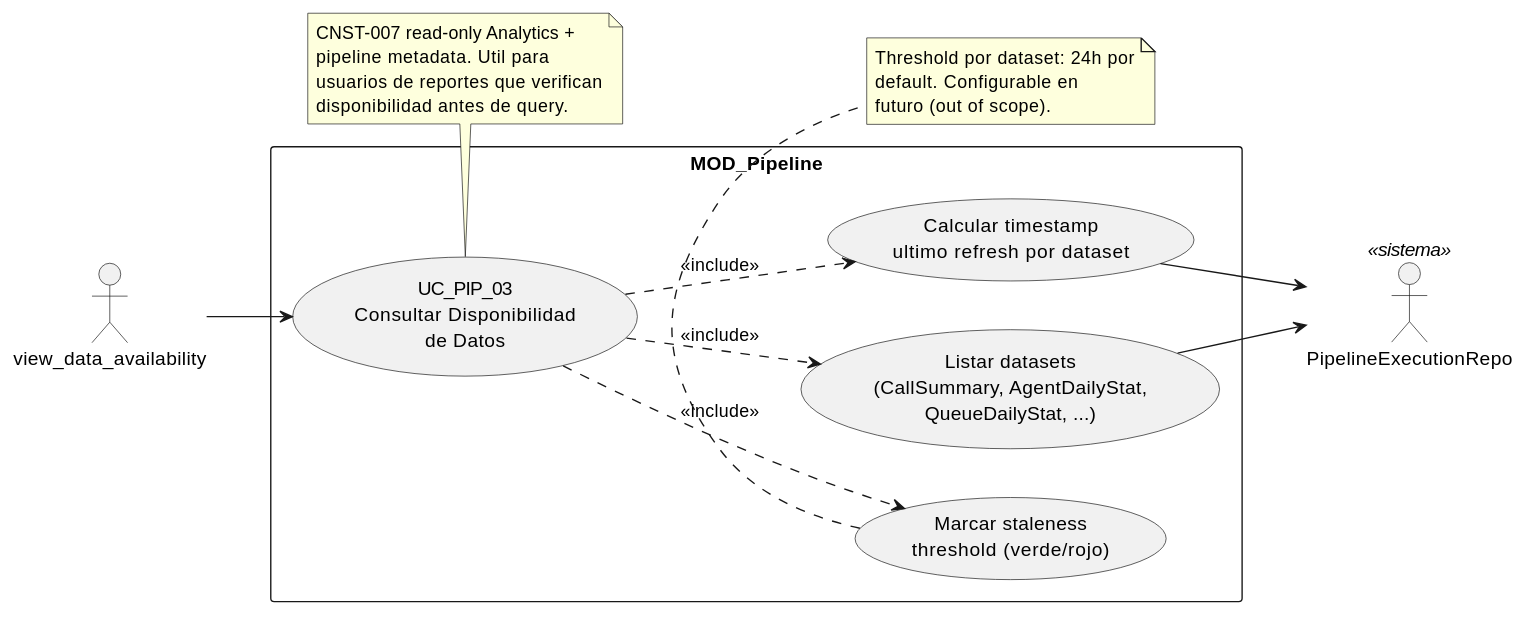
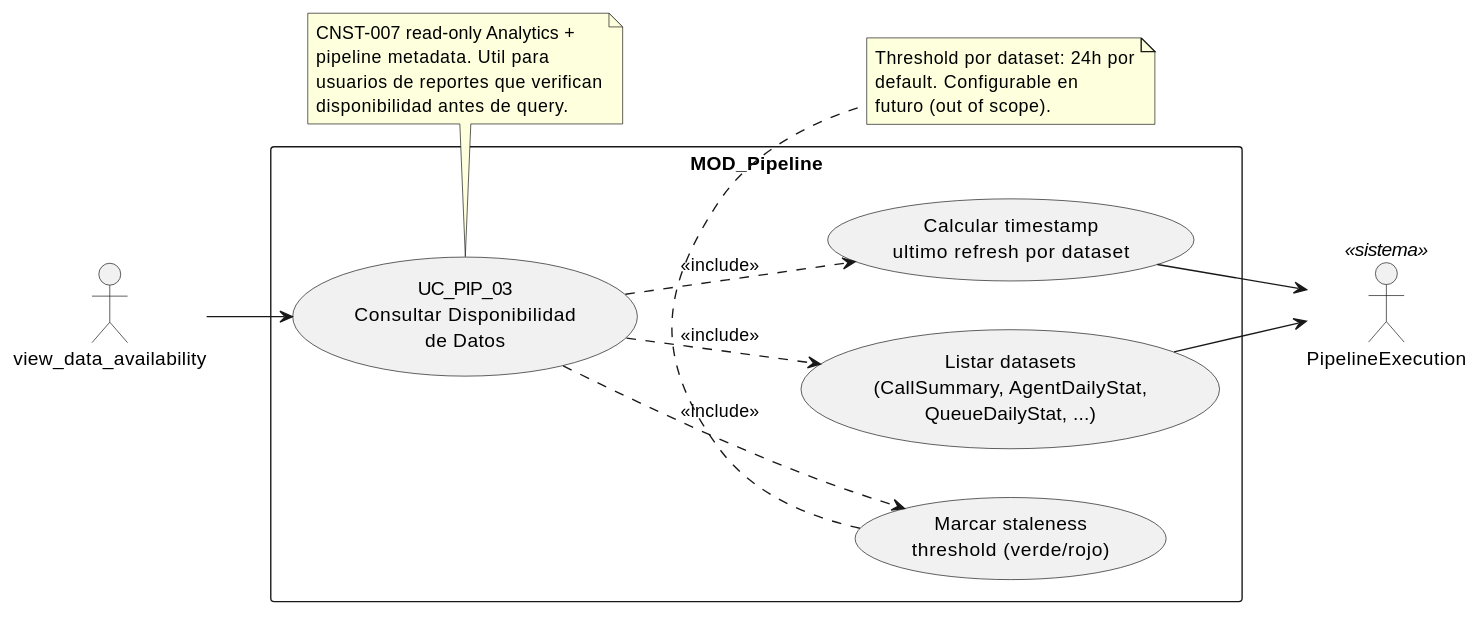
Before and after one commit to jcg-admin/IACT-docs: the diagram in source/requisitos/casos-uso/pipeline/uc-pip-03/diagramas-uml/diagrama-de-caso-de-uso.rst, drawn with PlantUML. The commit also changed other lines of this file and 52 other files, not shown here.

```diff
--- a/source/requisitos/casos-uso/pipeline/uc-pip-03/diagramas-uml/diagrama-de-caso-de-uso.rst
+++ b/source/requisitos/casos-uso/pipeline/uc-pip-03/diagramas-uml/diagrama-de-caso-de-uso.rst
@@ -4,39 +4,39 @@
 .. uml::
  :caption: UC_PIP_03 — actores y casos asociados
 
  @startuml
 
  left to right direction
 
  actor "view_data_availability" as INVOKER
- actor "PipelineExecutionRepo" as REPO <<sistema>>
+ actor "PipelineExecution" as PE <<sistema>>
 
  rectangle "MOD_Pipeline" {
    usecase "UC_PIP_03\nConsultar Disponibilidad\nde Datos" as UC_PIP_03
    usecase "Calcular timestamp\nultimo refresh por dataset" as ULTIMO_REFRESH
    usecase "Listar datasets\n(CallSummary, AgentDailyStat,\nQueueDailyStat, ...)" as LIST_DATASETS
    usecase "Marcar staleness\nthreshold (verde/rojo)" as STALENESS
  }
 
  INVOKER --> UC_PIP_03
  UC_PIP_03 ..> LIST_DATASETS : <<include>>
  UC_PIP_03 ..> ULTIMO_REFRESH : <<include>>
  UC_PIP_03 ..> STALENESS : <<include>>
 
- ULTIMO_REFRESH --> REPO
- LIST_DATASETS --> REPO
+ ULTIMO_REFRESH --> PE
+ LIST_DATASETS --> PE
 
  note bottom of UC_PIP_03
    CNST-007 read-only Analytics +
    pipeline metadata. Util para
    usuarios de reportes que verifican
    disponibilidad antes de query.
  end note
 
  note bottom of STALENESS
    Threshold por dataset: 24h por
    default. Configurable en
    futuro (out of scope).
  end note
 
  @enduml
```
